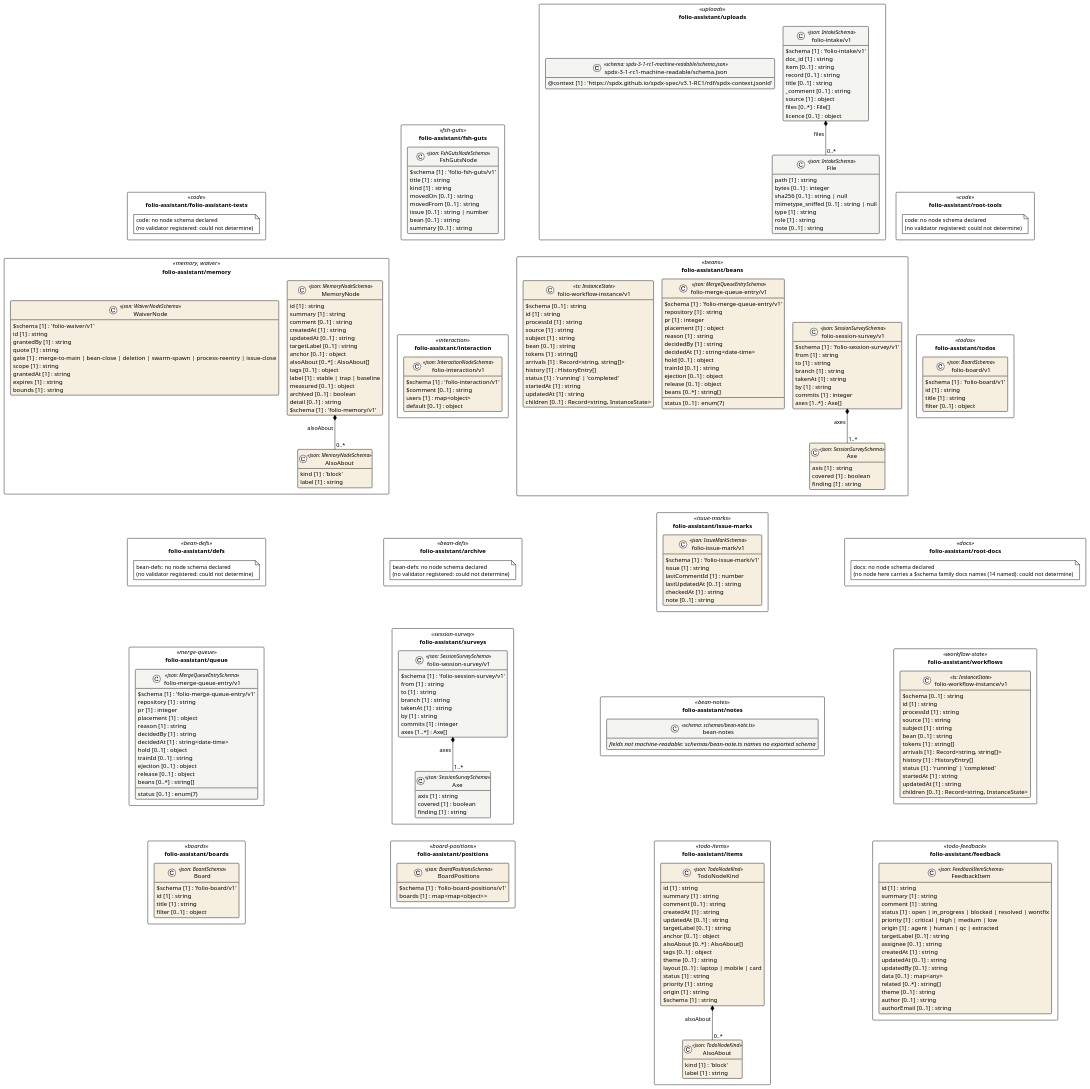
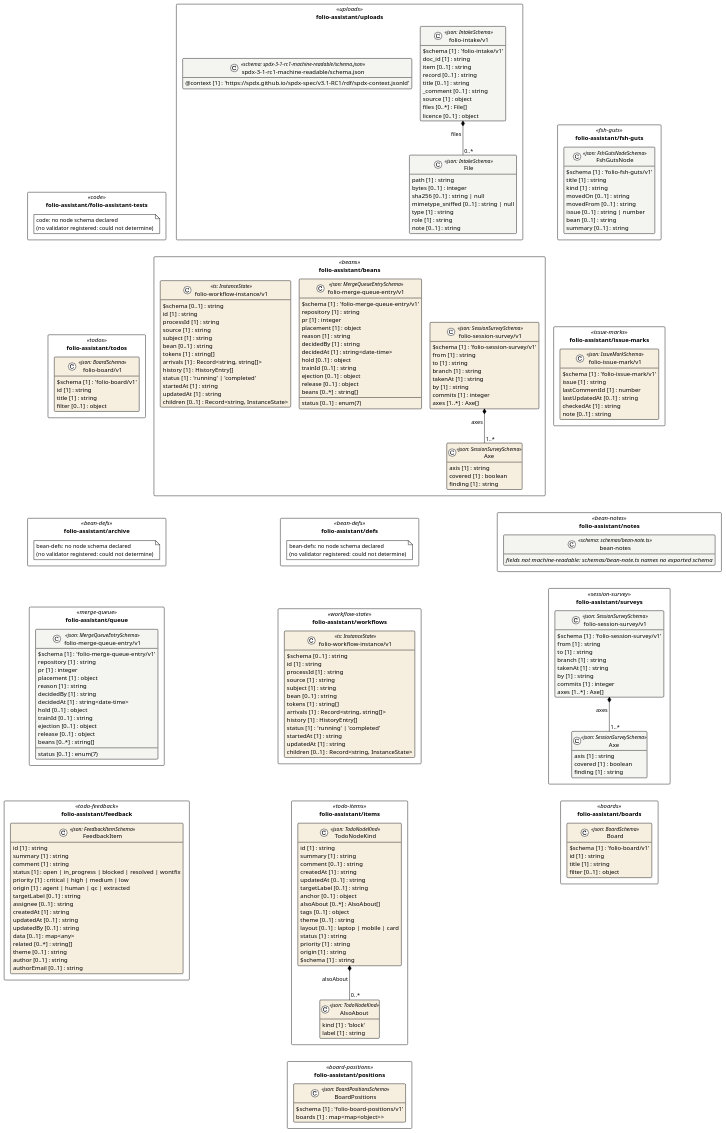
One commit to litlfred/folio-assistant changed the diagram in cat-harness/uml/overview/folio-assistant.puml. Above: the diagram before and after it, drawn with PlantUML. The commit also changed 12 other files, not shown here.

First line of the commit message:
uml overview + auto-docs: drop the root instance's root-docs, root-tools and memory packages (excised by this PR)

```diff
--- a/cat-harness/uml/overview/folio-assistant.puml
+++ b/cat-harness/uml/overview/folio-assistant.puml
@@ -32,9 +32,6 @@
   class "spdx-3-1-rc1-machine-readable/schema.json" as folio_assistant_uploads_spdx_3_1_rc1_machine_readable_schema_json_spdx_3_1_rc1_machine_readable_schema_json <<schema: spdx-3-1-rc1-machine-readable/schema.json>> #f4f4f1 {
     @context [1] : 'https://spdx.github.io/spdx-spec/v3.1-RC1/rdf/spdx-context.jsonld'
   }
-}
-package "folio-assistant/root-tools" as pkg_folio_assistant_root_tools <<code>> {
-  note "code: no node schema declared\n(no validator registered: could not determine)" as n_folio_assistant_root_tools_code
 }
 package "folio-assistant/folio-assistant-tests" as pkg_folio_assistant_folio_assistant_tests <<code>> {
   note "code: no node schema declared\n(no validator registered: could not determine)" as n_folio_assistant_folio_assistant_tests_code
@@ -106,47 +103,6 @@
     filter [0..1] : object
   }
 }
-package "folio-assistant/memory" as pkg_folio_assistant_memory <<memory, waiver>> {
-  class "AlsoAbout" as folio_assistant_memory_AlsoAbout <<json: MemoryNodeSchema>> #f6eedf {
-    kind [1] : 'block'
-    label [1] : string
-  }
-  class "MemoryNode" as folio_assistant_memory_MemoryNode <<json: MemoryNodeSchema>> #f6eedf {
-    id [1] : string
-    summary [1] : string
-    comment [0..1] : string
-    createdAt [1] : string
-    updatedAt [0..1] : string
-    targetLabel [0..1] : string
-    anchor [0..1] : object
-    alsoAbout [0..*] : AlsoAbout[]
-    tags [0..1] : object
-    label [1] : stable | trap | baseline
-    measured [0..1] : object
-    archived [0..1] : boolean
-    detail [0..1] : string
-    $schema [1] : 'folio-memory/v1'
-  }
-  class "WaiverNode" as folio_assistant_memory_WaiverNode <<json: WaiverNodeSchema>> #f6eedf {
-    $schema [1] : 'folio-waiver/v1'
-    id [1] : string
-    grantedBy [1] : string
-    quote [1] : string
-    gate [1] : merge-to-main | bean-close | deletion | swarm-spawn | process-reentry | issue-close
-    scope [1] : string
-    grantedAt [1] : string
-    expires [1] : string
-    bounds [1] : string
-  }
-}
-package "folio-assistant/interaction" as pkg_folio_assistant_interaction <<interaction>> {
-  class "folio-interaction/v1" as folio_assistant_interaction_folio_interaction_v1_folio_interaction_v1 <<json: InteractionNodeSchema>> #f6eedf {
-    $schema [1] : 'folio-interaction/v1'
-    $comment [0..1] : string
-    users [1] : map<object>
-    default [0..1] : object
-  }
-}
 package "folio-assistant/issue-marks" as pkg_folio_assistant_issue_marks <<issue-marks>> {
   class "folio-issue-mark/v1" as folio_assistant_issue_marks_folio_issue_mark_v1_folio_issue_mark_v1 <<json: IssueMarkSchema>> #f6eedf {
     $schema [1] : 'folio-issue-mark/v1'
@@ -156,9 +112,6 @@
     checkedAt [1] : string
     note [0..1] : string
   }
-}
-package "folio-assistant/root-docs" as pkg_folio_assistant_root_docs <<docs>> {
-  note "docs: no node schema declared\n(no node here carries a $schema family docs names (14 named): could not determine)" as n_folio_assistant_root_docs_docs
 }
 package "folio-assistant/defs" as pkg_folio_assistant_defs <<bean-defs>> {
   note "bean-defs: no node schema declared\n(no validator registered: could not determine)" as n_folio_assistant_defs_bean_defs
@@ -282,24 +235,20 @@
 
 folio_assistant_uploads_folio_intake_v1_folio_intake_v1 *-- "0..*" folio_assistant_uploads_folio_intake_v1_File : files
 folio_assistant_beans_folio_session_survey_v1_folio_session_survey_v1 *-- "1..*" folio_assistant_beans_folio_session_survey_v1_Axe : axes
-folio_assistant_memory_MemoryNode *-- "0..*" folio_assistant_memory_AlsoAbout : alsoAbout
 folio_assistant_surveys_folio_session_survey_v1_folio_session_survey_v1 *-- "1..*" folio_assistant_surveys_folio_session_survey_v1_Axe : axes
 folio_assistant_items_TodoNodeKind *-- "0..*" folio_assistant_items_AlsoAbout : alsoAbout
-' grid: portrait, 4 column(s) — pkg_folio_assistant_uploads pkg_folio_assistant_root_tools pkg_folio_assistant_folio_assistant_tests pkg_folio_assistant_fsh_guts pkg_folio_assistant_beans pkg_folio_assistant_todos pkg_folio_assistant_memory pkg_folio_assistant_interaction pkg_folio_assistant_issue_marks pkg_folio_assistant_root_docs pkg_folio_assistant_defs pkg_folio_assistant_archive pkg_folio_assistant_notes pkg_folio_assistant_workflows pkg_folio_assistant_queue pkg_folio_assistant_surveys pkg_folio_assistant_items pkg_folio_assistant_feedback pkg_folio_assistant_boards pkg_folio_assistant_positions
+' grid: portrait, 3 column(s) — pkg_folio_assistant_uploads pkg_folio_assistant_folio_assistant_tests pkg_folio_assistant_fsh_guts pkg_folio_assistant_beans pkg_folio_assistant_todos pkg_folio_assistant_issue_marks pkg_folio_assistant_defs pkg_folio_assistant_archive pkg_folio_assistant_notes pkg_folio_assistant_workflows pkg_folio_assistant_queue pkg_folio_assistant_surveys pkg_folio_assistant_items pkg_folio_assistant_feedback pkg_folio_assistant_boards pkg_folio_assistant_positions
 pkg_folio_assistant_uploads -[hidden]down- pkg_folio_assistant_beans
-pkg_folio_assistant_root_tools -[hidden]down- pkg_folio_assistant_todos
-pkg_folio_assistant_folio_assistant_tests -[hidden]down- pkg_folio_assistant_memory
-pkg_folio_assistant_fsh_guts -[hidden]down- pkg_folio_assistant_interaction
-pkg_folio_assistant_beans -[hidden]down- pkg_folio_assistant_issue_marks
-pkg_folio_assistant_todos -[hidden]down- pkg_folio_assistant_root_docs
-pkg_folio_assistant_memory -[hidden]down- pkg_folio_assistant_defs
-pkg_folio_assistant_interaction -[hidden]down- pkg_folio_assistant_archive
+pkg_folio_assistant_folio_assistant_tests -[hidden]down- pkg_folio_assistant_todos
+pkg_folio_assistant_fsh_guts -[hidden]down- pkg_folio_assistant_issue_marks
+pkg_folio_assistant_beans -[hidden]down- pkg_folio_assistant_defs
+pkg_folio_assistant_todos -[hidden]down- pkg_folio_assistant_archive
 pkg_folio_assistant_issue_marks -[hidden]down- pkg_folio_assistant_notes
-pkg_folio_assistant_root_docs -[hidden]down- pkg_folio_assistant_workflows
-pkg_folio_assistant_defs -[hidden]down- pkg_folio_assistant_queue
-pkg_folio_assistant_archive -[hidden]down- pkg_folio_assistant_surveys
-pkg_folio_assistant_notes -[hidden]down- pkg_folio_assistant_items
-pkg_folio_assistant_workflows -[hidden]down- pkg_folio_assistant_feedback
-pkg_folio_assistant_queue -[hidden]down- pkg_folio_assistant_boards
-pkg_folio_assistant_surveys -[hidden]down- pkg_folio_assistant_positions
+pkg_folio_assistant_defs -[hidden]down- pkg_folio_assistant_workflows
+pkg_folio_assistant_archive -[hidden]down- pkg_folio_assistant_queue
+pkg_folio_assistant_notes -[hidden]down- pkg_folio_assistant_surveys
+pkg_folio_assistant_workflows -[hidden]down- pkg_folio_assistant_items
+pkg_folio_assistant_queue -[hidden]down- pkg_folio_assistant_feedback
+pkg_folio_assistant_surveys -[hidden]down- pkg_folio_assistant_boards
+pkg_folio_assistant_items -[hidden]down- pkg_folio_assistant_positions
 @enduml
```
